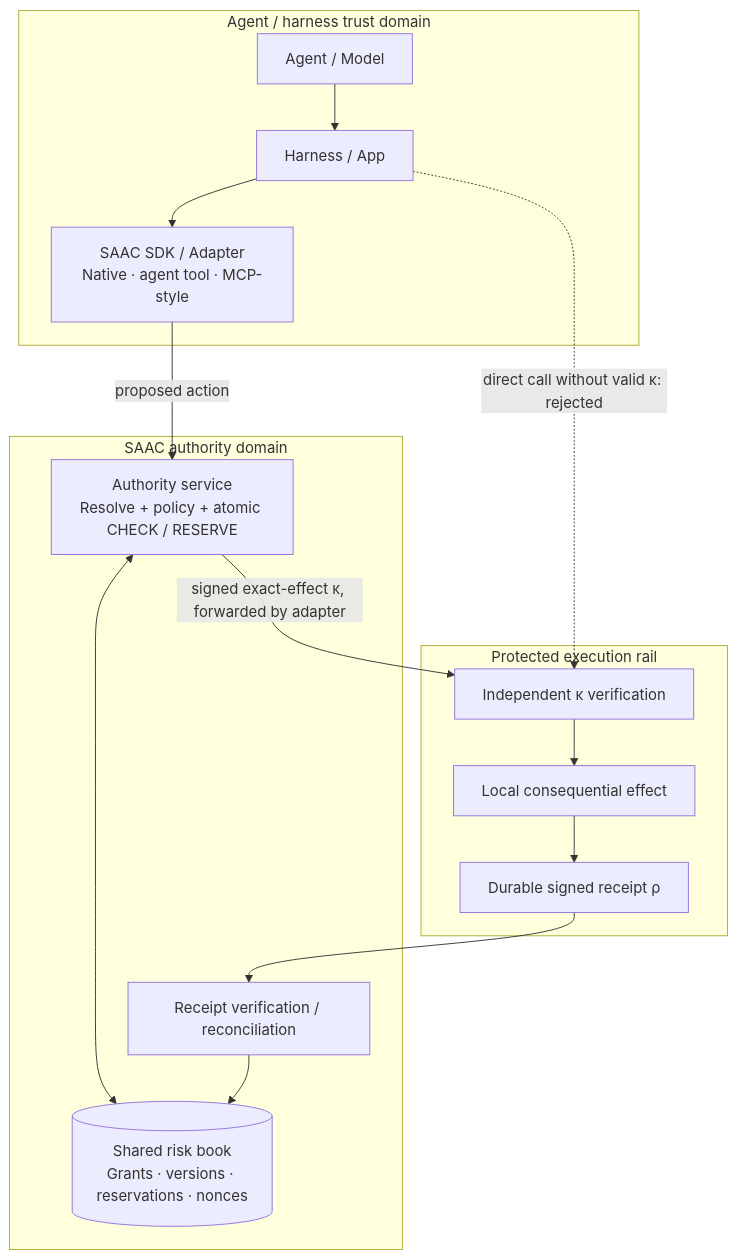
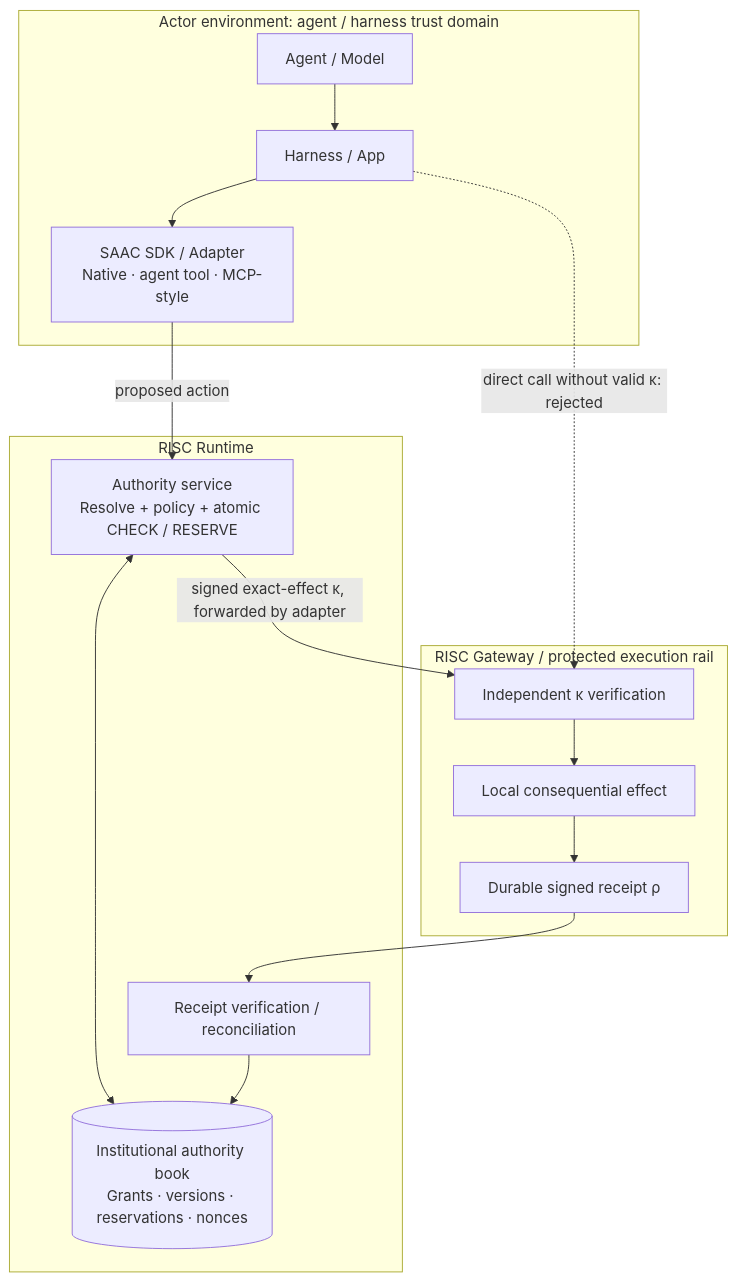
Before and after one commit to ianbyerdev/govern-the-rail: the diagram in README.md, drawn with Mermaid. The commit also changed other lines of this file and 40 other files, not shown here.

````diff
--- a/README.md
+++ b/README.md
@@ -64,21 +65,21 @@
 ```mermaid
 flowchart TD
-  subgraph A[Agent / harness trust domain]
+  subgraph A[Actor environment: agent / harness trust domain]
     M[Agent / Model] --> H[Harness / App]
     H --> SDK[SAAC SDK / Adapter\nNative · agent tool · MCP-style]
   end
-  subgraph B[SAAC authority domain]
+  subgraph B[RISC Runtime]
     AUTH[Authority service\nResolve + policy + atomic CHECK / RESERVE]
-    BOOK[(Shared risk book\nGrants · versions · reservations · nonces)]
+    BOOK[(Institutional authority book\nGrants · versions · reservations · nonces)]
     AUTH <--> BOOK
     REC[Receipt verification / reconciliation] --> BOOK
   end
   SDK -->|proposed action| AUTH
   AUTH -->|signed exact-effect κ, forwarded by adapter| RAIL
-  subgraph C[Protected execution rail]
+  subgraph C[RISC Gateway / protected execution rail]
     RAIL[Independent κ verification] --> EFFECT[Local consequential effect]
     EFFECT --> RECEIPT[Durable signed receipt ρ]
   end
   RECEIPT --> REC
   H -. direct call without valid κ: rejected .-> RAIL
 ```
````
